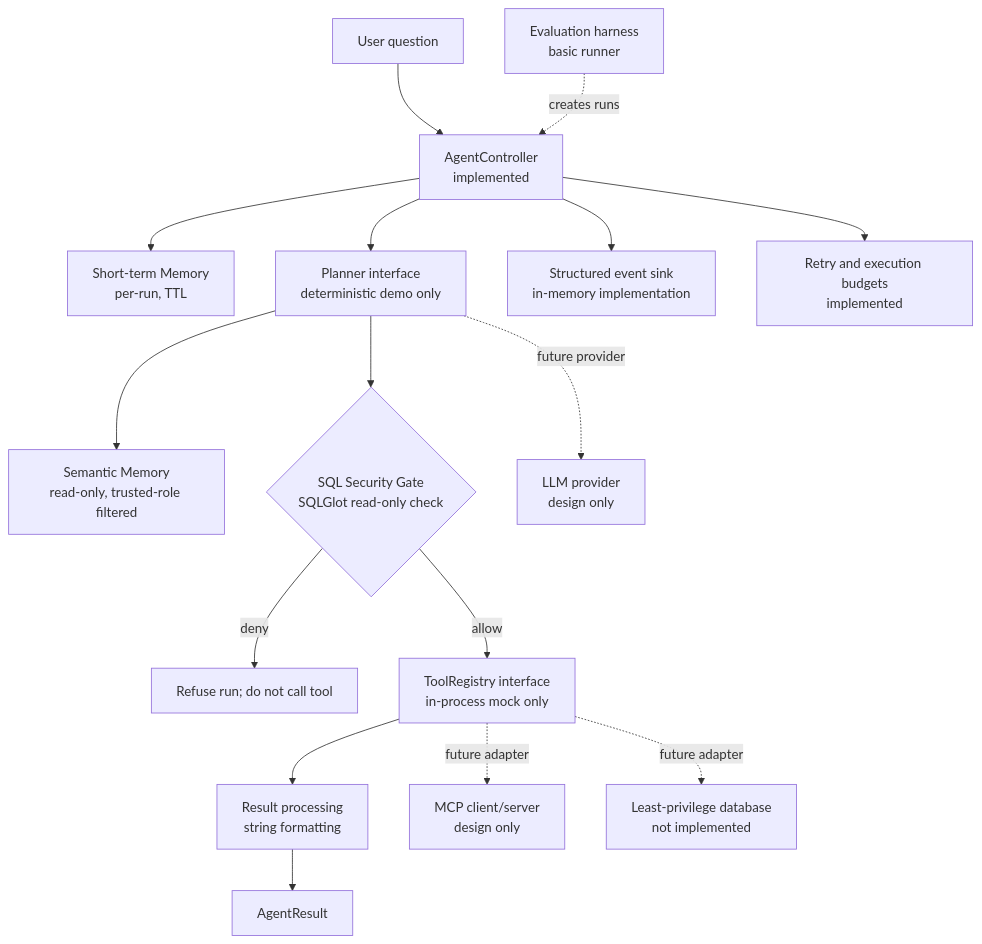
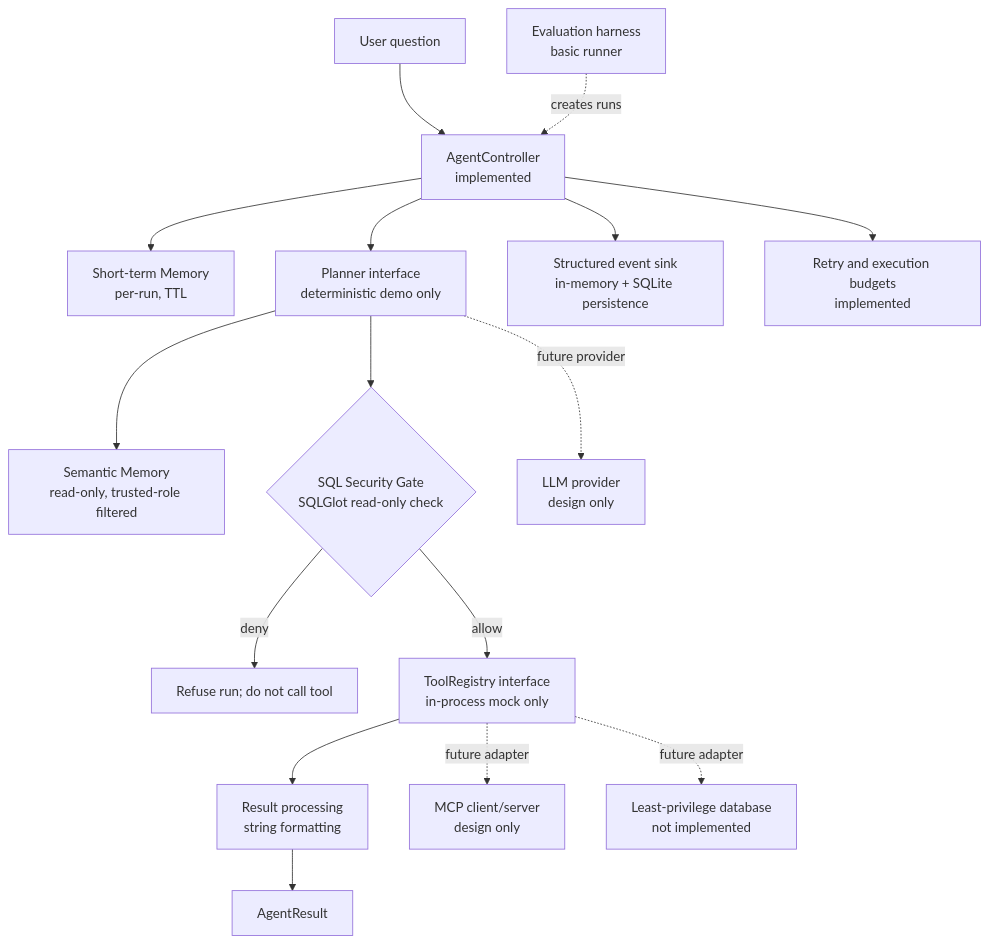
One commit to hoctran19-cyber/d2-sqlguard-agent changed the diagram in docs/architecture/README.md. Above: the diagram before and after it, drawn with Mermaid. The commit also changed other lines of this file and 8 other files, not shown here.

````diff
--- a/docs/architecture/README.md
+++ b/docs/architecture/README.md
@@ -5,18 +5,18 @@
 ```mermaid
 flowchart TD
     U[User question] --> C[AgentController<br/>implemented]
     C --> M[Short-term Memory<br/>per-run, TTL]
     P --> SM[Semantic Memory<br/>read-only, trusted-role filtered]
     C --> P[Planner interface<br/>deterministic demo only]
     P --> S{SQL Security Gate<br/>SQLGlot read-only check}
     S -- deny --> F[Refuse run; do not call tool]
     S -- allow --> T[ToolRegistry interface<br/>in-process mock only]
     T --> R[Result processing<br/>string formatting]
     R --> A[AgentResult]
-    C --> E[Structured event sink<br/>in-memory implementation]
+    C --> E[Structured event sink<br/>in-memory + SQLite persistence]
     C --> B[Retry and execution budgets<br/>implemented]
     T -. future adapter .-> MCP[MCP client/server<br/>design only]
     P -. future provider .-> LLM[LLM provider<br/>design only]
     T -. future adapter .-> DB[Least-privilege database<br/>not implemented]
     H[Evaluation harness<br/>basic runner] -. creates runs .-> C
 ```
````
